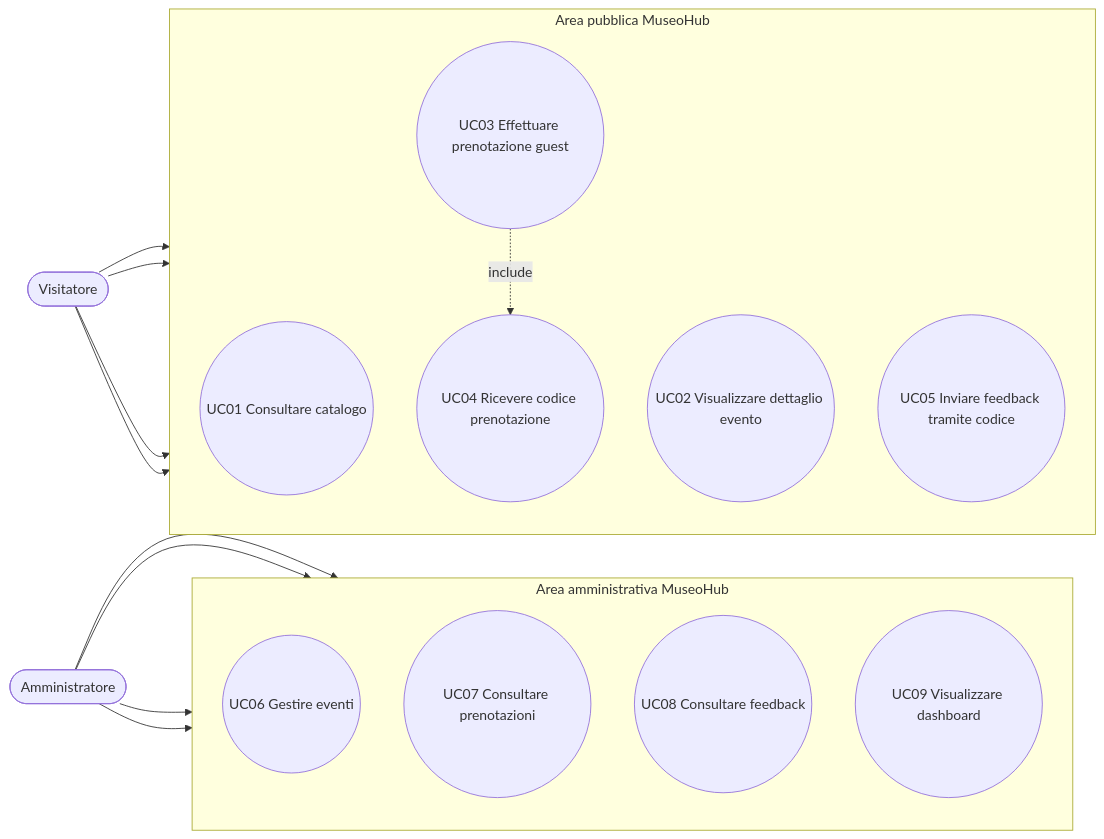
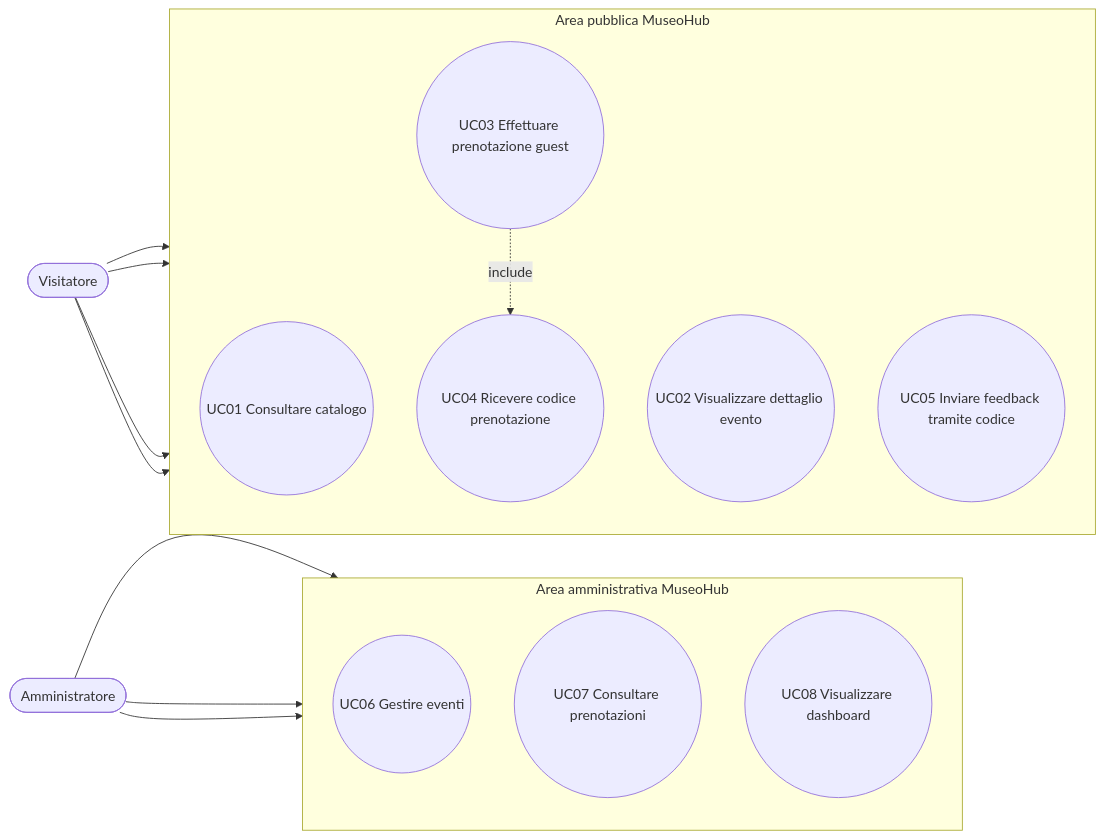
One commit to RobertoCastelli/museo-hub changed the diagram in docs/diagrams/casi-uso.md. Above: the diagram before and after it, drawn with Mermaid. The commit also changed 21 other files, not shown here.

````diff
--- a/docs/diagrams/casi-uso.md
+++ b/docs/diagrams/casi-uso.md
@@ -8,33 +8,31 @@
 ```mermaid
 flowchart LR
     V([Visitatore])
     A([Amministratore])
 
     subgraph PUB["Area pubblica MuseoHub"]
         direction TB
         UC01((UC01 Consultare catalogo))
         UC02((UC02 Visualizzare dettaglio evento))
         UC03((UC03 Effettuare prenotazione guest))
         UC04((UC04 Ricevere codice prenotazione))
         UC05((UC05 Inviare feedback tramite codice))
     end
 
     subgraph ADM["Area amministrativa MuseoHub"]
         direction TB
         UC06((UC06 Gestire eventi))
         UC07((UC07 Consultare prenotazioni))
-        UC08((UC08 Consultare feedback))
-        UC09((UC09 Visualizzare dashboard))
+        UC08((UC08 Visualizzare dashboard))
     end
 
     V --> UC01
     V --> UC02
     V --> UC03
     UC03 -. include .-> UC04
     V --> UC05
 
     A --> UC06
     A --> UC07
     A --> UC08
-    A --> UC09
 ```
````
